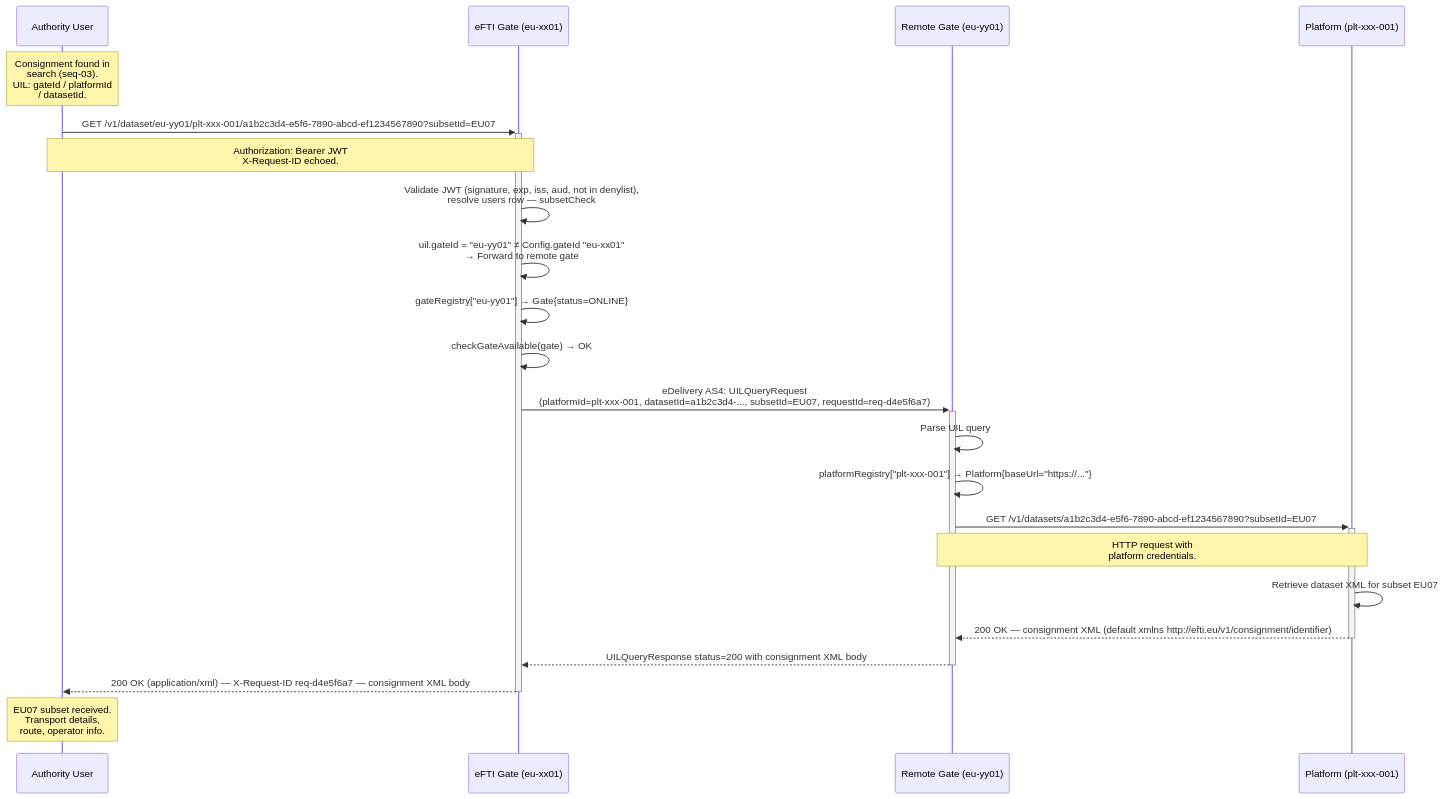
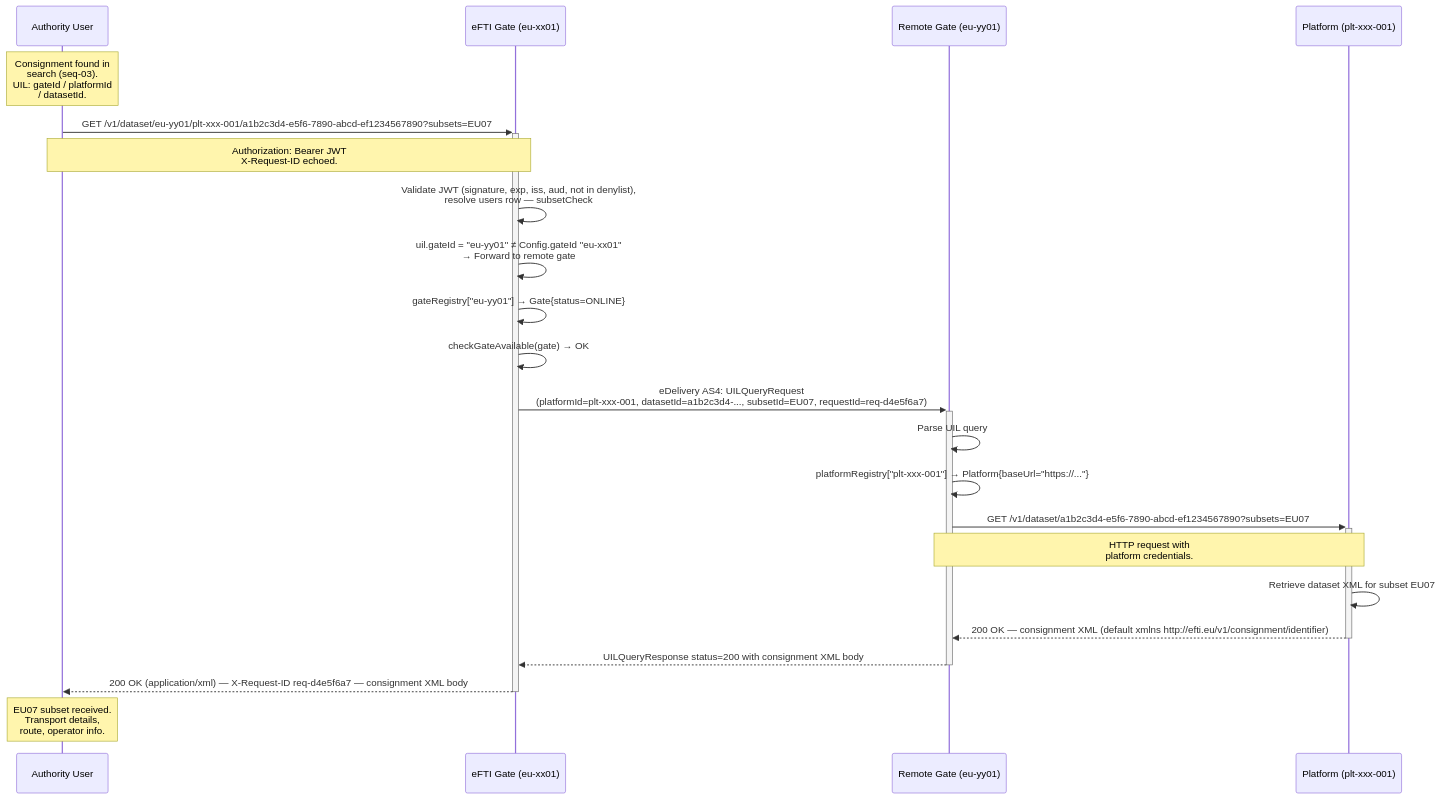
One commit to kemit-ee/efti-gate-ee changed the diagram in docs/specs/diagrams/seq-05-dataset-request.mmd. Above: the diagram before and after it, drawn with Mermaid. The commit also changed 15 other files, not shown here.

First line of the commit message:
docs(specs): name the dataset subset parameter 'subsets' everywhere, EU01-EU07 only in examples (#362)

```diff
--- a/docs/specs/diagrams/seq-05-dataset-request.mmd
+++ b/docs/specs/diagrams/seq-05-dataset-request.mmd
@@ -1,32 +1,32 @@
 sequenceDiagram
     participant Authority as Authority User
     participant GateEE as eFTI Gate (eu-xx01)
     participant GateFI as Remote Gate (eu-yy01)
     participant Platform as Platform (plt-xxx-001)
 
     Note over Authority: Consignment found in<br/>search (seq-03).<br/>UIL: gateId / platformId<br/>/ datasetId.
 
-    Authority->>+GateEE: GET /v1/dataset/eu-yy01/plt-xxx-001/a1b2c3d4-e5f6-7890-abcd-ef1234567890?subsetId=EU07
+    Authority->>+GateEE: GET /v1/dataset/eu-yy01/plt-xxx-001/a1b2c3d4-e5f6-7890-abcd-ef1234567890?subsets=EU07
     Note over Authority,GateEE: Authorization: Bearer JWT<br/>X-Request-ID echoed.
 
     GateEE->>GateEE: Validate JWT (signature, exp, iss, aud, not in denylist),<br/>resolve users row — subsetCheck
     GateEE->>GateEE: uil.gateId = "eu-yy01" ≠ Config.gateId "eu-xx01"<br/>→ Forward to remote gate
 
     GateEE->>GateEE: gateRegistry["eu-yy01"] → Gate{status=ONLINE}
     GateEE->>GateEE: checkGateAvailable(gate) → OK
 
     GateEE->>+GateFI: eDelivery AS4: UILQueryRequest<br/>(platformId=plt-xxx-001, datasetId=a1b2c3d4-..., subsetId=EU07, requestId=req-d4e5f6a7)
 
     GateFI->>GateFI: Parse UIL query
     GateFI->>GateFI: platformRegistry["plt-xxx-001"] → Platform{baseUrl="https://..."}
-    GateFI->>+Platform: GET /v1/datasets/a1b2c3d4-e5f6-7890-abcd-ef1234567890?subsetId=EU07
+    GateFI->>+Platform: GET /v1/dataset/a1b2c3d4-e5f6-7890-abcd-ef1234567890?subsets=EU07
     Note over GateFI,Platform: HTTP request with<br/>platform credentials.
 
     Platform->>Platform: Retrieve dataset XML for subset EU07
     Platform-->>-GateFI: 200 OK — consignment XML (default xmlns http://efti.eu/v1/consignment/identifier)
 
     GateFI-->>-GateEE: UILQueryResponse status=200 with consignment XML body
 
     GateEE-->>-Authority: 200 OK (application/xml) — X-Request-ID req-d4e5f6a7 — consignment XML body
 
     Note over Authority: EU07 subset received.<br/>Transport details,<br/>route, operator info.
```
